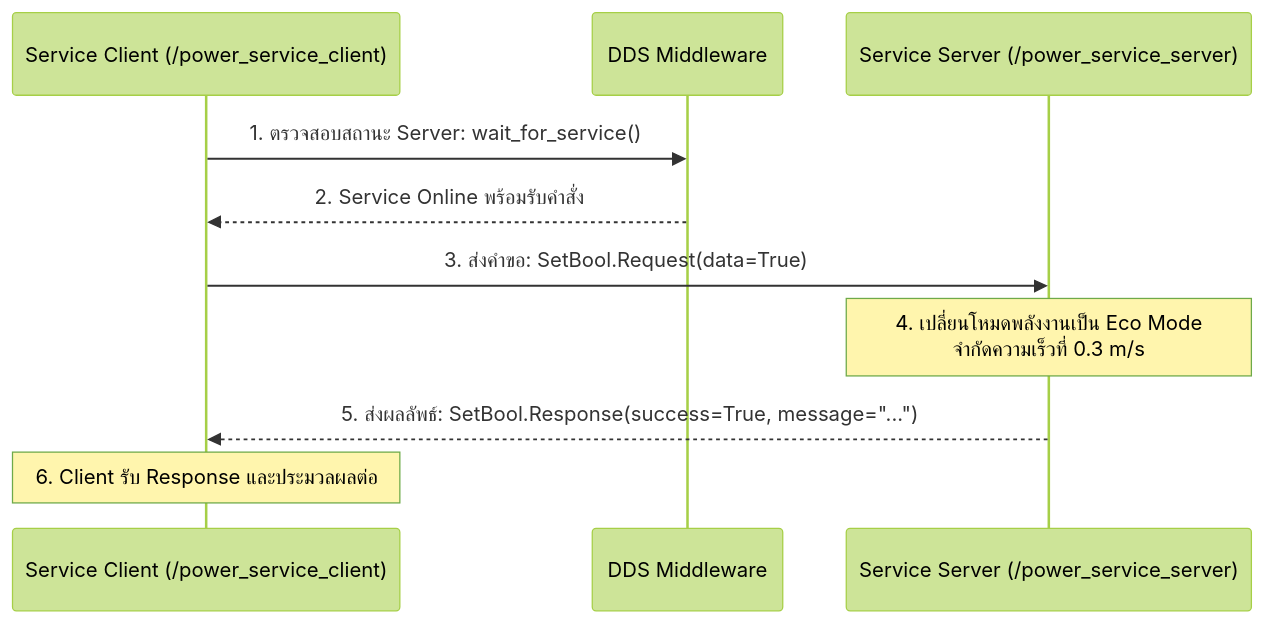
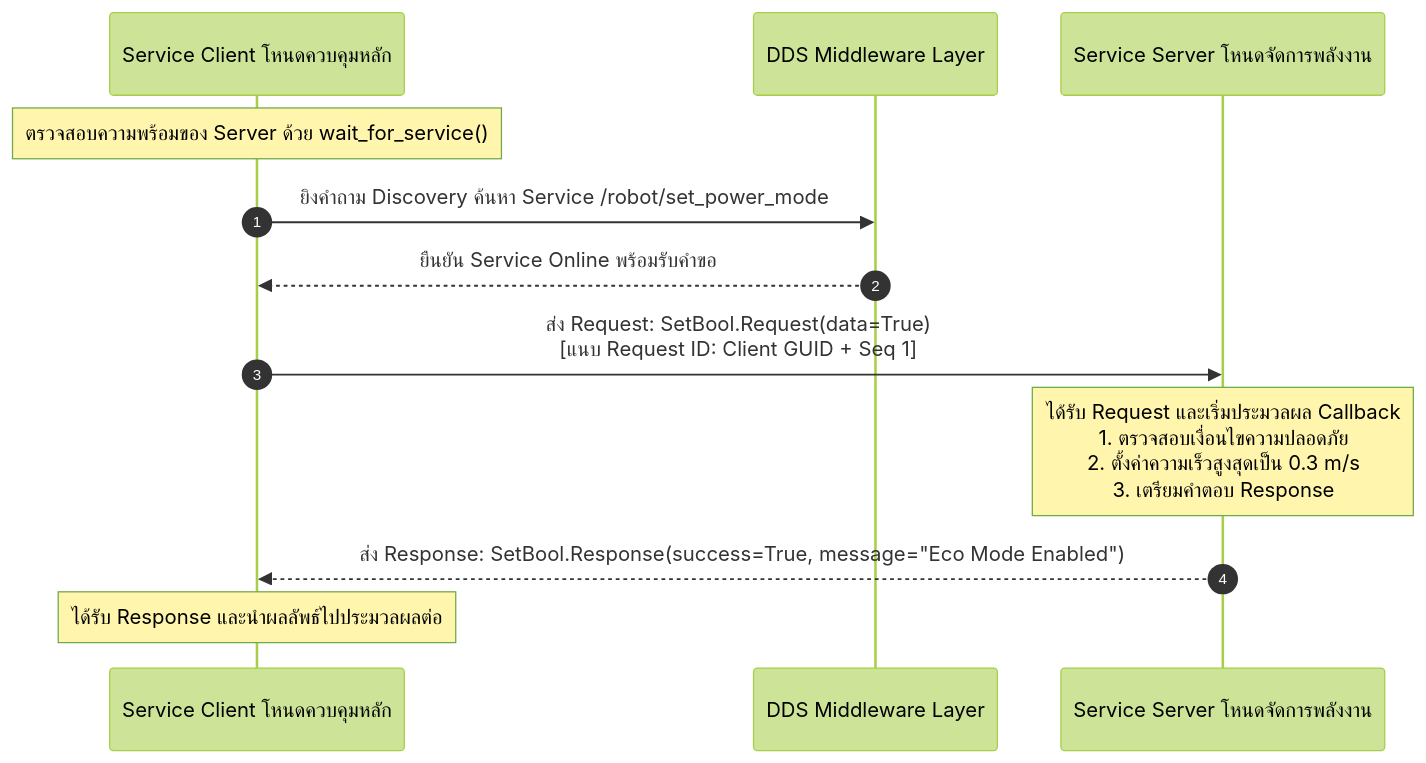
Before and after one commit to alfaXphoori/ros2: the first of 3 diagrams in Essential_ROS/Week_03_Services_Clients/Readme.md, drawn with Mermaid (forest theme). The commit also changed other lines of this file and 15 other files, not shown here.

````diff
--- a/Essential_ROS/Week_03_Services_Clients/Readme.md
+++ b/Essential_ROS/Week_03_Services_Clients/Readme.md
@@ -35,13 +41,16 @@
 ```mermaid
 sequenceDiagram
-    participant Client as Service Client (/power_service_client)
-    participant DDS as DDS Middleware
-    participant Server as Service Server (/power_service_server)
+    autonumber
+    participant Client as Service Client โหนดควบคุมหลัก
+    participant DDS as DDS Middleware Layer
+    participant Server as Service Server โหนดจัดการพลังงาน
 
-    Client->>DDS: 1. ตรวจสอบสถานะ Server: wait_for_service()
-    DDS-->>Client: 2. Service Online พร้อมรับคำสั่ง
-    Client->>Server: 3. ส่งคำขอ: SetBool.Request(data=True)
-    Note over Server: 4. เปลี่ยนโหมดพลังงานเป็น Eco Mode<br/>จำกัดความเร็วที่ 0.3 m/s
-    Server-->>Client: 5. ส่งผลลัพธ์: SetBool.Response(success=True, message="...")
-    Note over Client: 6. Client รับ Response และประมวลผลต่อ
+    Note over Client: ตรวจสอบความพร้อมของ Server ด้วย wait_for_service()
+    Client->>DDS: ยิงคำถาม Discovery ค้นหา Service /robot/set_power_mode
+    DDS-->>Client: ยืนยัน Service Online พร้อมรับคำขอ
+    
+    Client->>Server: ส่ง Request: SetBool.Request(data=True)<br/>[แนบ Request ID: Client GUID + Seq 1]
+    Note over Server: ได้รับ Request และเริ่มประมวลผล Callback<br/>1. ตรวจสอบเงื่อนไขความปลอดภัย<br/>2. ตั้งค่าความเร็วสูงสุดเป็น 0.3 m/s<br/>3. เตรียมคำตอบ Response
+    Server-->>Client: ส่ง Response: SetBool.Response(success=True, message="Eco Mode Enabled")
+    Note over Client: ได้รับ Response และนำผลลัพธ์ไปประมวลผลต่อ
 ```
````
